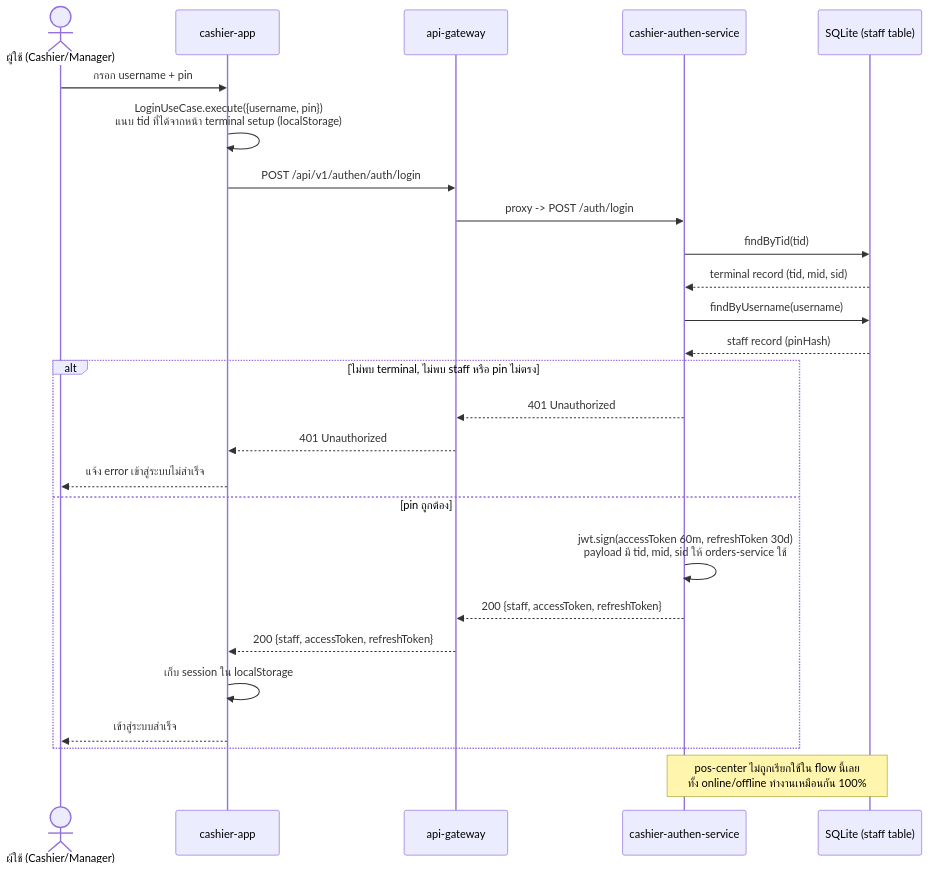
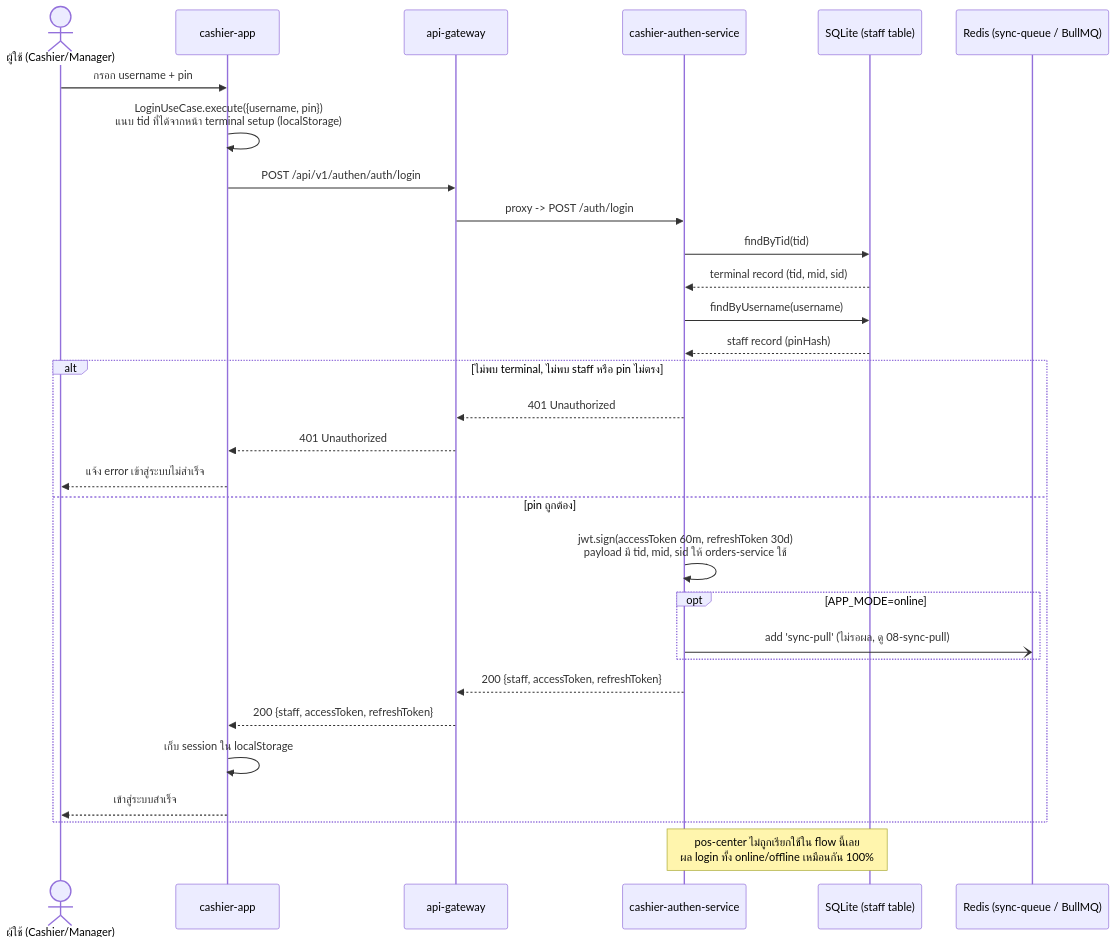
Before and after one commit to apisit110/pos-cashier: the diagram in docs/sequence-diagrams/01-login.md, drawn with Mermaid. The commit also changed other lines of this file and 37 other files, not shown here.

````diff
--- a/docs/sequence-diagrams/01-login.md
+++ b/docs/sequence-diagrams/01-login.md
@@ -9,31 +9,35 @@
 ```mermaid
 sequenceDiagram
     actor User as ผู้ใช้ (Cashier/Manager)
     participant App as cashier-app
     participant GW as api-gateway
     participant Auth as cashier-authen-service
     participant DB as SQLite (staff table)
+    participant Queue as Redis (sync-queue / BullMQ)
 
     User->>App: กรอก username + pin
     App->>App: LoginUseCase.execute({username, pin})<br/>แนบ tid ที่ได้จากหน้า terminal setup (localStorage)
     App->>GW: POST /api/v1/authen/auth/login
     GW->>Auth: proxy -> POST /auth/login
     Auth->>DB: findByTid(tid)
     DB-->>Auth: terminal record (tid, mid, sid)
     Auth->>DB: findByUsername(username)
     DB-->>Auth: staff record (pinHash)
 
     alt ไม่พบ terminal, ไม่พบ staff หรือ pin ไม่ตรง
         Auth-->>GW: 401 Unauthorized
         GW-->>App: 401 Unauthorized
         App-->>User: แจ้ง error เข้าสู่ระบบไม่สำเร็จ
     else pin ถูกต้อง
         Auth->>Auth: jwt.sign(accessToken 60m, refreshToken 30d)<br/>payload มี tid, mid, sid ให้ orders-service ใช้
+        opt APP_MODE=online
+            Auth-)Queue: add 'sync-pull' (ไม่รอผล, ดู 08-sync-pull)
+        end
         Auth-->>GW: 200 {staff, accessToken, refreshToken}
         GW-->>App: 200 {staff, accessToken, refreshToken}
         App->>App: เก็บ session ใน localStorage
         App-->>User: เข้าสู่ระบบสำเร็จ
     end
 
-    Note over Auth,DB: pos-center ไม่ถูกเรียกใช้ใน flow นี้เลย<br/>ทั้ง online/offline ทำงานเหมือนกัน 100%
+    Note over Auth,DB: pos-center ไม่ถูกเรียกใช้ใน flow นี้เลย<br/>ผล login ทั้ง online/offline เหมือนกัน 100%
 ```
````
